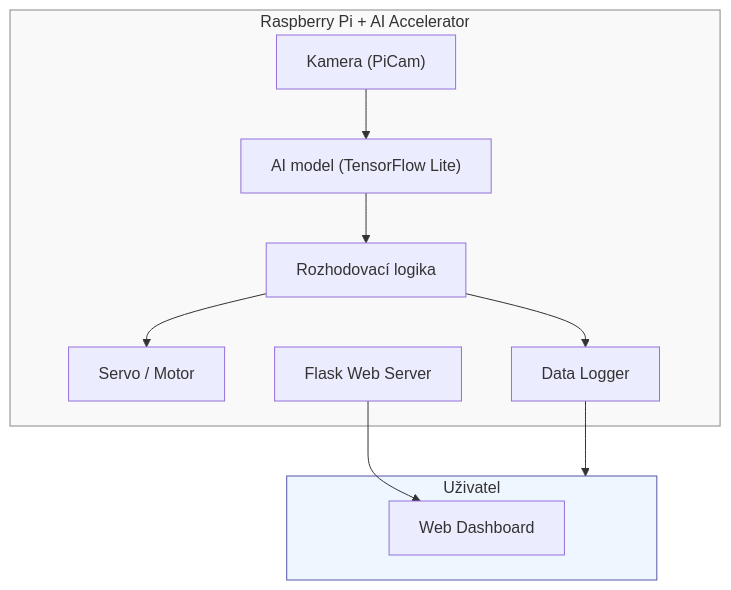
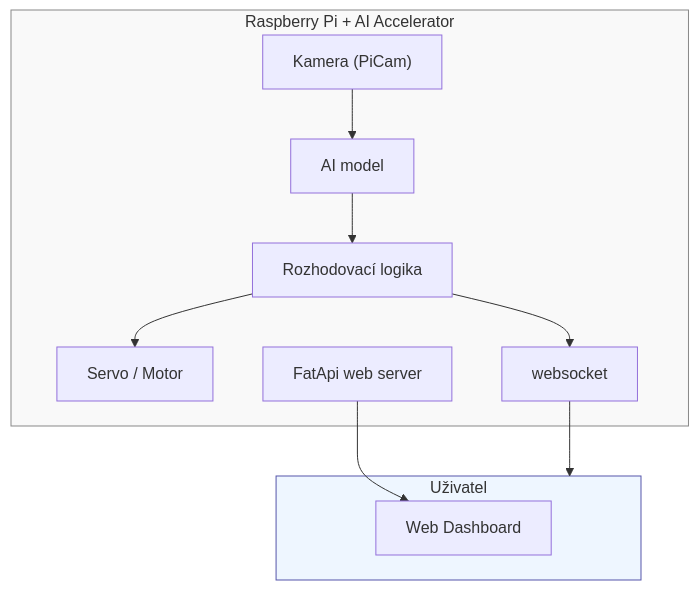
One commit to imang212/PS_Project changed the diagram in README.md. Above: the diagram before and after it, drawn with Mermaid. The commit also changed other lines of this file and 11 other files, not shown here.

````diff
--- a/README.md
+++ b/README.md
@@ -16,26 +16,26 @@
 ```mermaid
 flowchart TD
     subgraph RPI[Raspberry Pi + AI Accelerator]
         CAM["Kamera (PiCam)"]
-        MODEL["AI model (TensorFlow Lite)"]
+        MODEL["AI model"]
         DECISION["Rozhodovací logika"]
         SERVO["Servo / Motor"]
-        LOGGER["Data Logger"]
-        WEB["Flask Web Server"]
+        LOGGER["websocket"]
+        WEB["FatApi web server"]
     end
 
     CAM --> MODEL
     MODEL --> DECISION
     DECISION --> SERVO
     DECISION --> LOGGER
     LOGGER --> USER
 
     subgraph USER[Uživatel]
         UI[Web Dashboard]
     end
 
     WEB --> UI
 
     style RPI fill:#f9f9f9,stroke:#888,stroke-width:1px,corner-radius:8px
     style USER fill:#eef6ff,stroke:#55a,stroke-width:1px,corner-radius:8px
 ```
````
